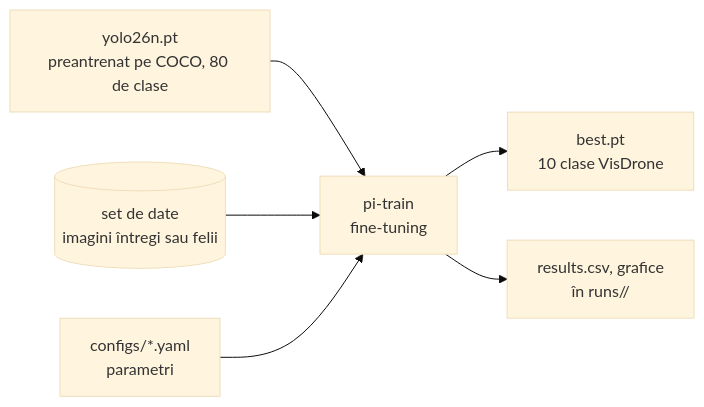
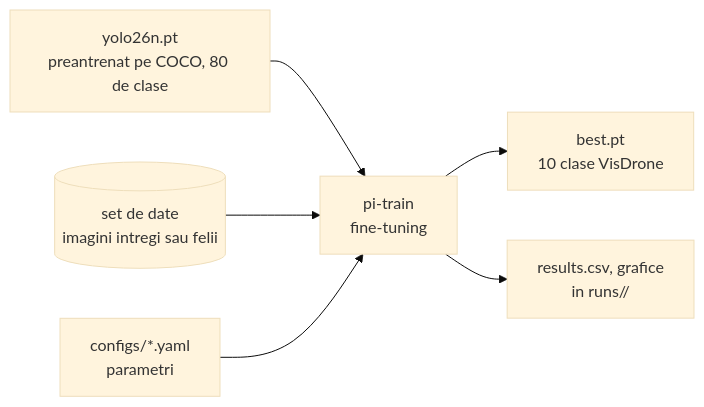
One commit to zaha27/pi-p changed the diagram in docs/pipeline/05-antrenarea.md. Above: the diagram before and after it, drawn with Mermaid (base theme). The commit also changed other lines of this file and 57 other files, not shown here.

````diff
--- a/docs/pipeline/05-antrenarea.md
+++ b/docs/pipeline/05-antrenarea.md
@@ -11,14 +11,14 @@
 ```mermaid
 flowchart LR
     P["yolo26n.pt
 preantrenat pe COCO, 80 de clase"] --> T["pi-train
 fine-tuning"]
     D[("set de date
-imagini întregi sau felii")] --> T
+imagini intregi sau felii")] --> T
     C["configs/*.yaml
 parametri"] --> T
     T --> B["best.pt
 10 clase VisDrone"]
     T --> R["results.csv, grafice
-în runs/<name>/"]
+in runs/<name>/"]
 ```
````
